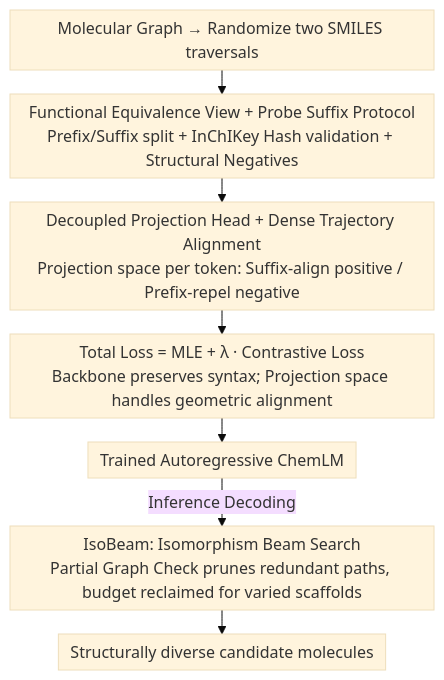
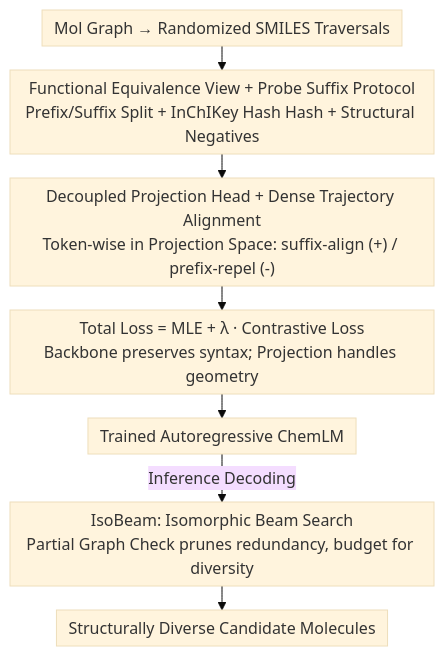
The diagram in docs/ICML2026/computational_biology/sigma_structure-invariant_generative_molecular_alignment_for_chemical_language_m.md (zhaoyang97/Paper-Notes-en), drawn with Mermaid (base theme) before and after one commit. The commit also changed other lines of this file and 5084 other files, not shown here.

````diff
--- a/docs/ICML2026/computational_biology/sigma_structure-invariant_generative_molecular_alignment_for_chemical_language_m.md
+++ b/docs/ICML2026/computational_biology/sigma_structure-invariant_generative_molecular_alignment_for_chemical_language_m.md
@@ -43,10 +43,10 @@
 ```mermaid
 %%{init: {'flowchart': {'rankSpacing': 24, 'nodeSpacing': 28, 'padding': 6, 'wrappingWidth': 400}}}%%
 flowchart TD
-    A["Molecular Graph → Randomize two SMILES traversals"] --> B["Functional Equivalence View + Probe Suffix Protocol<br/>Prefix/Suffix split + InChIKey Hash validation + Structural Negatives"]
-    B --> C["Decoupled Projection Head + Dense Trajectory Alignment<br/>Projection space per token: Suffix-align positive / Prefix-repel negative"]
-    C --> D["Total Loss = MLE + λ · Contrastive Loss<br/>Backbone preserves syntax; Projection space handles geometric alignment"]
+    A["Mol Graph → Randomized SMILES Traversals"] --> B["Functional Equivalence View + Probe Suffix Protocol<br/>Prefix/Suffix Split + InChIKey Hash Hash + Structural Negatives"]
+    B --> C["Decoupled Projection Head + Dense Trajectory Alignment<br/>Token-wise in Projection Space: suffix-align (+) / prefix-repel (-)"]
+    C --> D["Total Loss = MLE + λ · Contrastive Loss<br/>Backbone preserves syntax; Projection handles geometry"]
     D --> E["Trained Autoregressive ChemLM"]
-    E -->|"Inference Decoding"| F["IsoBeam: Isomorphism Beam Search<br/>Partial Graph Check prunes redundant paths, budget reclaimed for varied scaffolds"]
-    F --> G["Structurally diverse candidate molecules"]
+    E -->|"Inference Decoding"| F["IsoBeam: Isomorphic Beam Search<br/>Partial Graph Check prunes redundancy, budget for diversity"]
+    F --> G["Structurally Diverse Candidate Molecules"]
 ```
````
